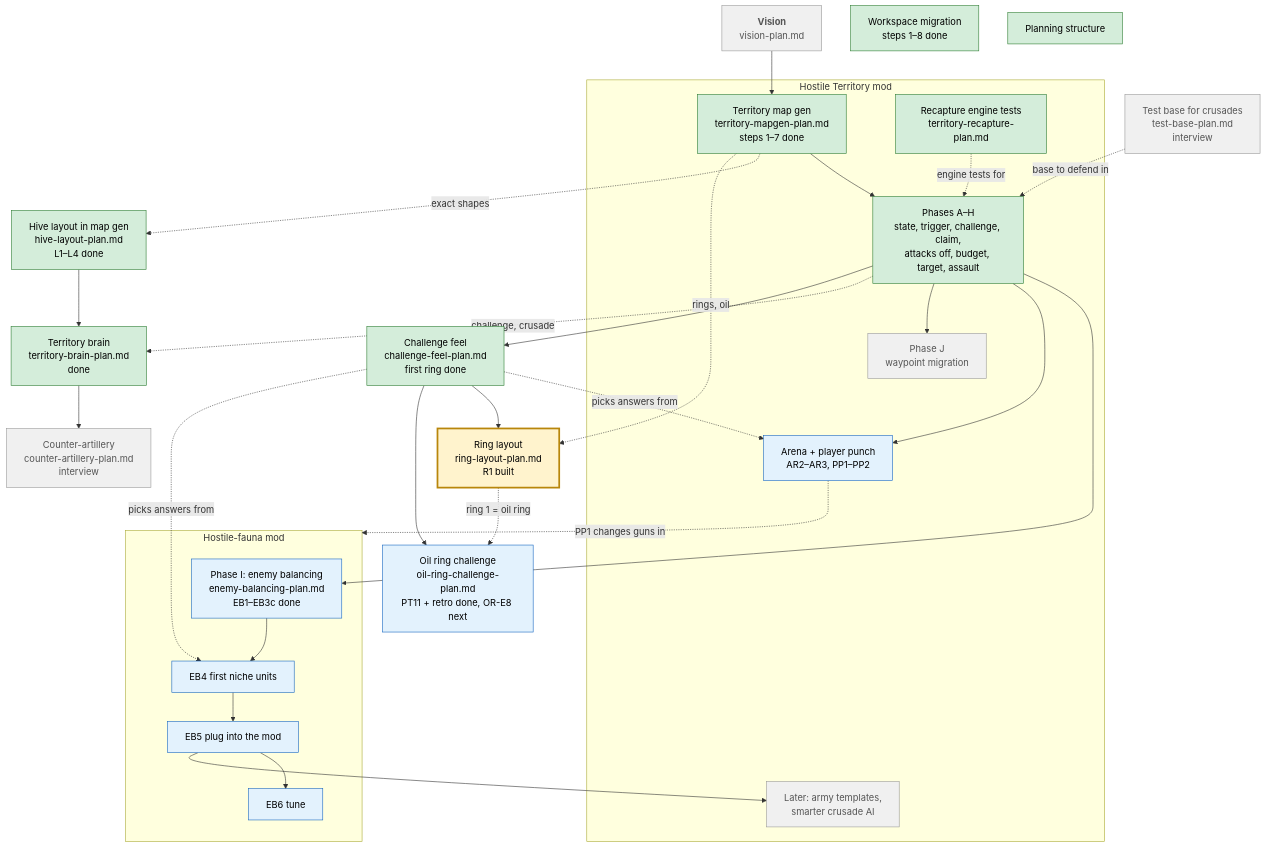
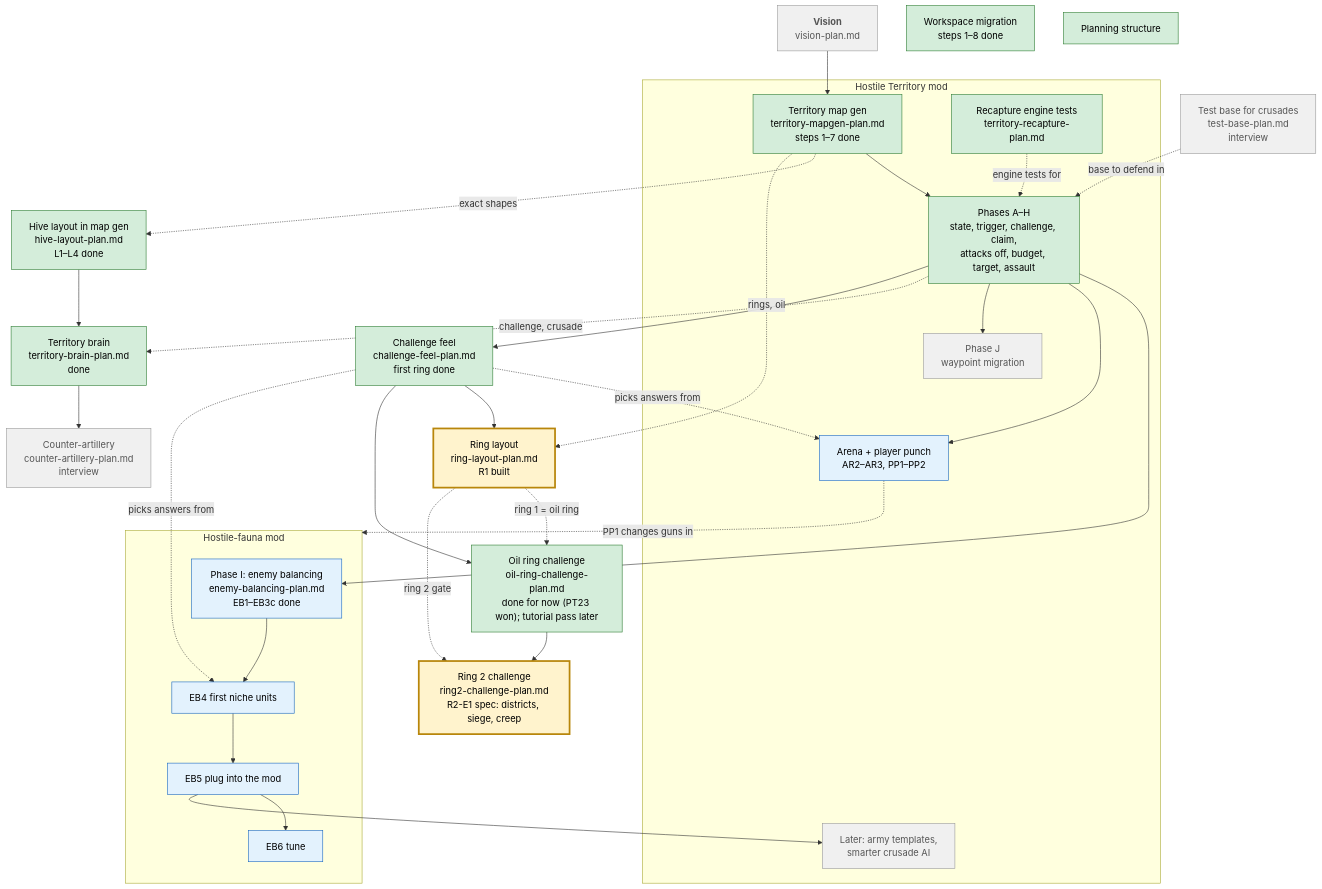
Before and after one commit to Help-Op/factorio-mods: the diagram in plans/roadmap.md, drawn with Mermaid. The commit also changed other lines of this file and 57 other files, not shown here.

````diff
--- a/plans/roadmap.md
+++ b/plans/roadmap.md
@@ -12,60 +12,63 @@
 ```mermaid
 flowchart TD
     V["<b>Vision</b><br/>vision-plan.md"]
 
     subgraph HT["Hostile Territory mod"]
         MG["Territory map gen<br/>territory-mapgen-plan.md<br/>steps 1–7 done"]
         AH["Phases A–H<br/>state, trigger, challenge, claim,<br/>attacks off, budget, target, assault"]
         REC["Recapture engine tests<br/>territory-recapture-plan.md"]
         AR["Arena + player punch<br/>AR2–AR3, PP1–PP2"]
         J["Phase J<br/>waypoint migration"]
         TPL["Later: army templates,<br/>smarter crusade AI"]
     end
 
     subgraph HF["Hostile-fauna mod"]
         EB["Phase I: enemy balancing<br/>enemy-balancing-plan.md<br/>EB1–EB3c done"]
         EB4["EB4 first niche units"]
         EB5["EB5 plug into the mod"]
         EB6["EB6 tune"]
     end
 
     CF["Challenge feel<br/>challenge-feel-plan.md<br/>first ring done"]
     RL["Ring layout<br/>ring-layout-plan.md<br/>R1 built"]
-    OR["Oil ring challenge<br/>oil-ring-challenge-plan.md<br/>PT11 + retro done, OR-E8 next"]
+    OR["Oil ring challenge<br/>oil-ring-challenge-plan.md<br/>done for now (PT23 won); tutorial pass later"]
     HL["Hive layout in map gen<br/>hive-layout-plan.md<br/>L1–L4 done"]
     TB["Territory brain<br/>territory-brain-plan.md<br/>done"]
     CA["Counter-artillery<br/>counter-artillery-plan.md<br/>interview"]
     WS["Workspace migration<br/>steps 1–8 done"]
     PS["Planning structure"]
     TBASE["Test base for crusades<br/>test-base-plan.md<br/>interview"]
+    R2["Ring 2 challenge<br/>ring2-challenge-plan.md<br/>R2-E1 spec: districts, siege, creep"]
 
     V --> MG --> AH
     REC -. engine tests for .-> AH
     AH --> EB
     EB --> EB4 --> EB5 --> EB6
     EB5 --> TPL
     AH --> AR
     AR -. PP1 changes guns in .-> HF
     AH --> J
     MG -. exact shapes .-> HL
     HL --> TB
     AH -. challenge, crusade .-> TB
     TB --> CA
     AH --> CF
     CF --> RL
     CF --> OR
     RL -. ring 1 = oil ring .-> OR
+    OR --> R2
+    RL -. ring 2 gate .-> R2
     MG -. rings, oil .-> RL
     CF -. picks answers from .-> EB4
     CF -. picks answers from .-> AR
     TBASE -. base to defend in .-> AH
 
     classDef done fill:#d4edda,stroke:#2e7d32,color:#000
     classDef now fill:#fff3cd,stroke:#b8860b,stroke-width:3px,color:#000
     classDef next fill:#e3f2fd,stroke:#1565c0,color:#000
     classDef later fill:#f0f0f0,stroke:#999,color:#555
-    class MG,AH,REC,WS,PS,HL,TB,CF done
-    class RL now
-    class EB,EB4,AR,EB5,EB6,OR next
+    class MG,AH,REC,WS,PS,HL,TB,CF,OR done
+    class RL,R2 now
+    class EB,EB4,AR,EB5,EB6 next
     class J,TPL,V,CA,TBASE later
 ```
````
